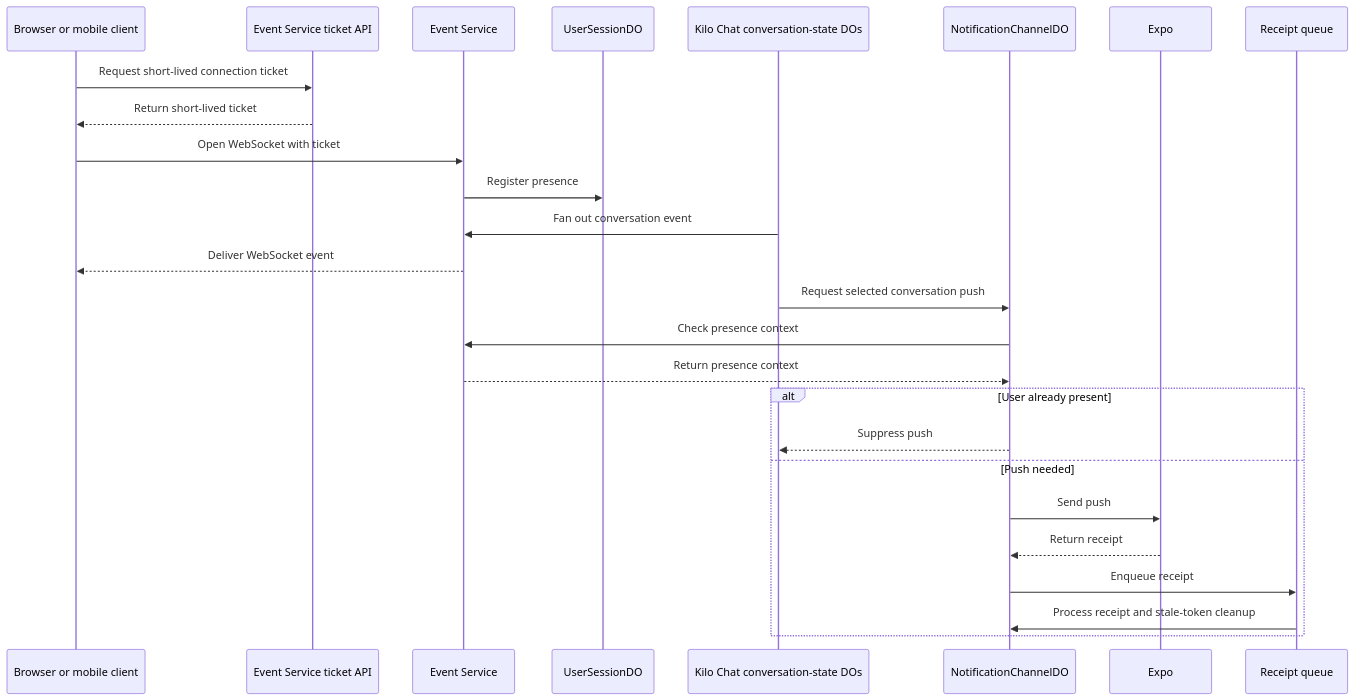
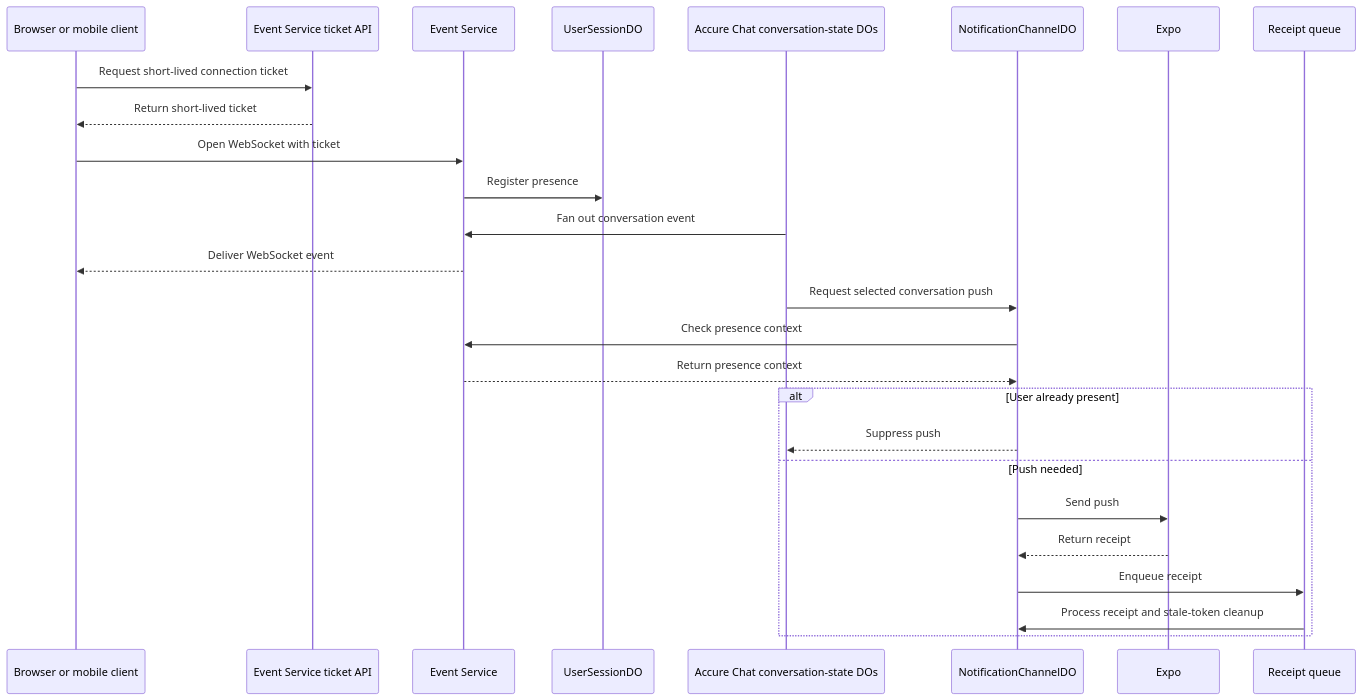
The fifth of 7 diagrams in packages/accure-docs/pages/contributing/architecture/cloud-platform.md (Accure-Inc/accure-code), drawn with Mermaid before and after one commit. The commit also changed other lines of this file and 2711 other files, not shown here.

Commit message:
feat: initialize core workspace architecture and component configuration

````diff
--- a/packages/accure-docs/pages/contributing/architecture/cloud-platform.md
+++ b/packages/accure-docs/pages/contributing/architecture/cloud-platform.md
@@ -251,29 +251,29 @@
 ```mermaid
 sequenceDiagram
   participant Client as Browser or mobile client
   participant Ticket as Event Service ticket API
   participant Events as Event Service
   participant Session as UserSessionDO
-  participant Chat as Kilo Chat conversation-state DOs
+  participant Chat as Accure Chat conversation-state DOs
   participant Notify as NotificationChannelDO
   participant Expo
   participant Queue as Receipt queue
 
   Client->>Ticket: Request short-lived connection ticket
   Ticket-->>Client: Return short-lived ticket
   Client->>Events: Open WebSocket with ticket
   Events->>Session: Register presence
   Chat->>Events: Fan out conversation event
   Events-->>Client: Deliver WebSocket event
   Chat->>Notify: Request selected conversation push
   Notify->>Events: Check presence context
   Events-->>Notify: Return presence context
   alt User already present
     Notify-->>Chat: Suppress push
   else Push needed
     Notify->>Expo: Send push
     Expo-->>Notify: Return receipt
     Notify->>Queue: Enqueue receipt
     Queue->>Notify: Process receipt and stale-token cleanup
   end
 ```
````
